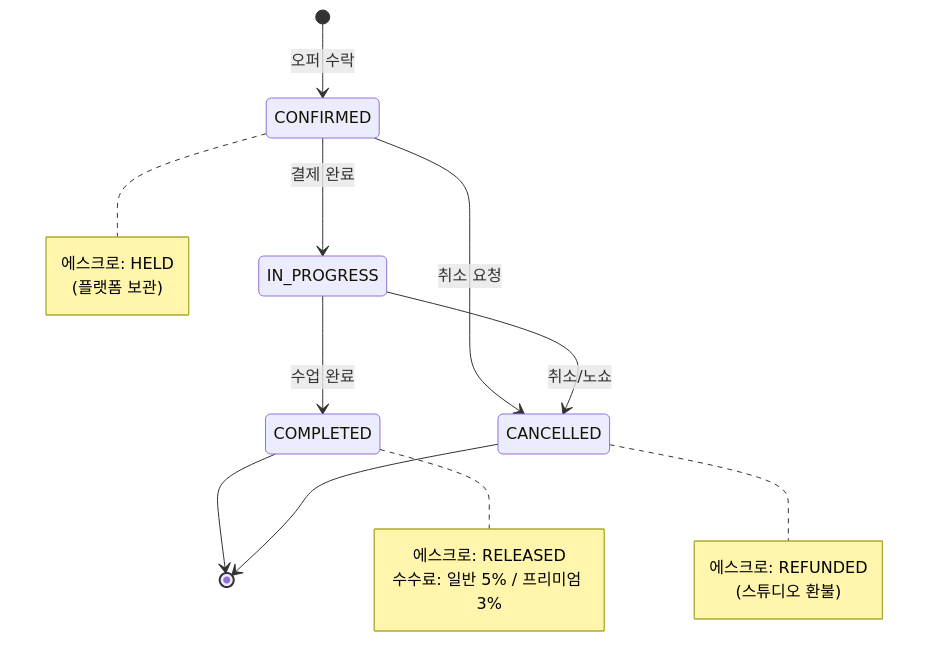
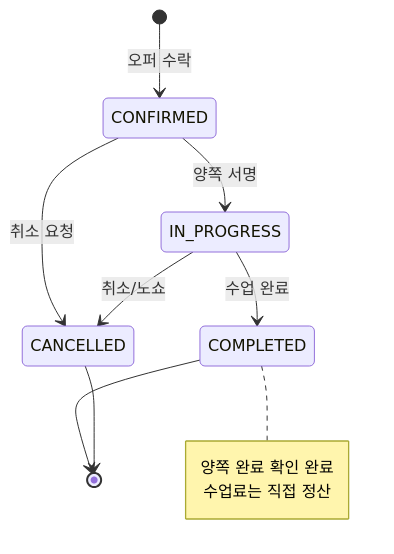
One commit to MaduJoe/PilaMatch changed the fourth of 7 diagrams in README.md. Above: the diagram before and after it, drawn with Mermaid. The commit also changed other lines of this file and 1 other file, not shown here.

First line of the commit message:
docs: README.md 결제/에스크로 참조 제거 + deps.py 쿠키 인증 fallback

````diff
--- a/README.md
+++ b/README.md
@@ -1348,28 +1231,18 @@
 ```mermaid
 stateDiagram-v2
     [*] --> CONFIRMED: 오퍼 수락
 
-    CONFIRMED --> IN_PROGRESS: 결제 완료
+    CONFIRMED --> IN_PROGRESS: 양쪽 서명
     CONFIRMED --> CANCELLED: 취소 요청
 
     IN_PROGRESS --> COMPLETED: 수업 완료
     IN_PROGRESS --> CANCELLED: 취소/노쇼
 
     COMPLETED --> [*]
     CANCELLED --> [*]
 
-    note right of CONFIRMED
-        에스크로: HELD
-        (플랫폼 보관)
-    end note
-
     note right of COMPLETED
-        에스크로: RELEASED
-        수수료: 일반 5% / 프리미엄 3%
-    end note
-
-    note right of CANCELLED
-        에스크로: REFUNDED
-        (스튜디오 환불)
+        양쪽 완료 확인 완료
+        수업료는 직접 정산
     end note
 ```
````
